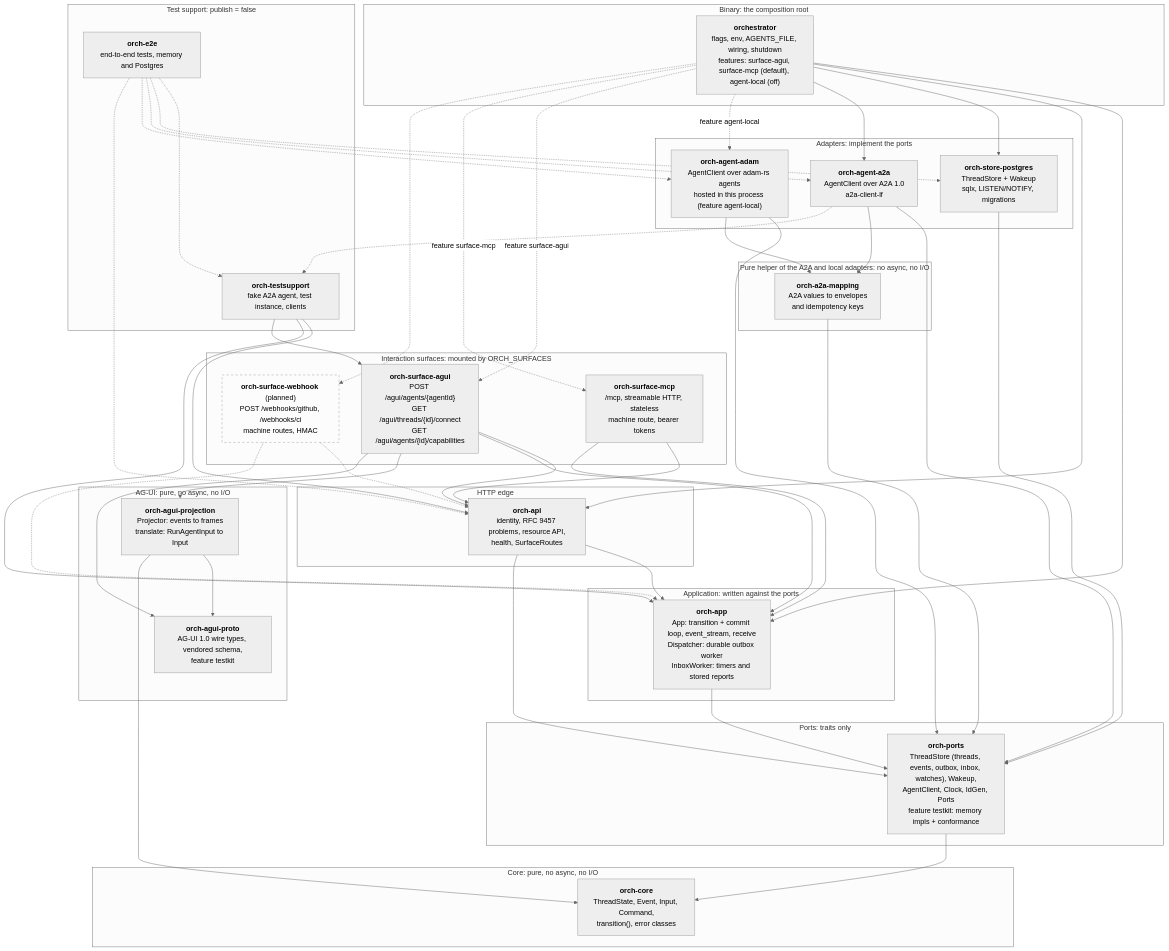
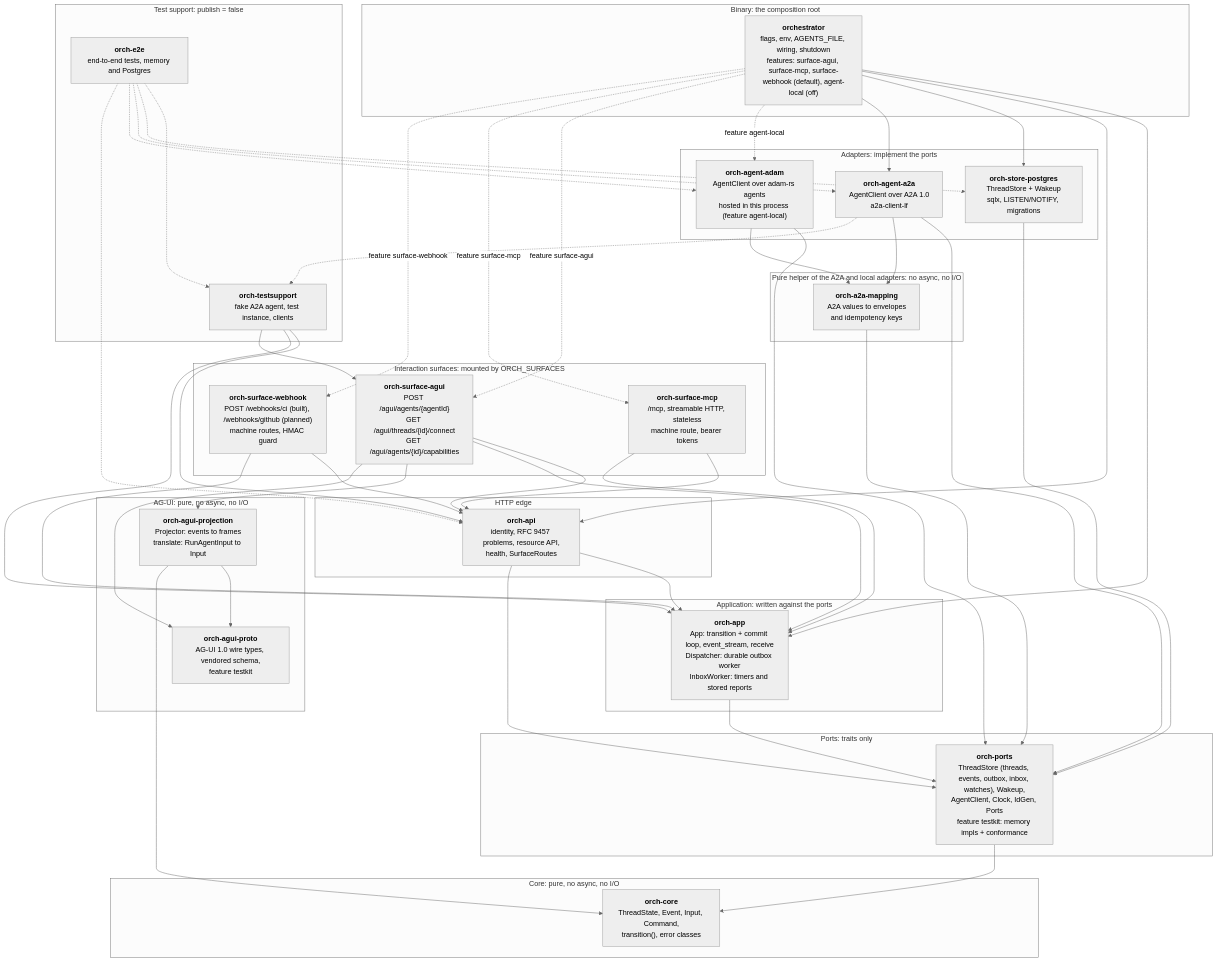
The first of 23 diagrams in docs/orchestrator.md (vymalo/another-agentic-system), drawn with Mermaid (neutral theme) before and after one commit. The commit also changed other lines of this file and 43 other files, not shown here.

````diff
--- a/docs/orchestrator.md
+++ b/docs/orchestrator.md
@@ -78,79 +77,79 @@
 ```mermaid
 flowchart TB
   subgraph G_CORE["Core: pure, no async, no I/O"]
     core["<b>orch-core</b><br/>ThreadState, Event, Input, Command,<br/>transition(), error classes"]
   end
   subgraph G_PORTS["Ports: traits only"]
     ports["<b>orch-ports</b><br/>ThreadStore (threads, events, outbox, inbox, watches), Wakeup,<br/>AgentClient, Clock, IdGen, Ports<br/>feature testkit: memory impls + conformance"]
   end
   subgraph G_ADAPT["Adapters: implement the ports"]
     pg["<b>orch-store-postgres</b><br/>ThreadStore + Wakeup<br/>sqlx, LISTEN/NOTIFY, migrations"]
     a2a["<b>orch-agent-a2a</b><br/>AgentClient over A2A 1.0<br/>a2a-client-lf"]
     adam["<b>orch-agent-adam</b><br/>AgentClient over adam-rs agents<br/>hosted in this process (feature agent-local)"]
   end
   subgraph G_MAP["Pure helper of the A2A and local adapters: no async, no I/O"]
     a2amap["<b>orch-a2a-mapping</b><br/>A2A values to envelopes<br/>and idempotency keys"]
   end
   subgraph G_APP["Application: written against the ports"]
     app["<b>orch-app</b><br/>App: transition + commit loop, event_stream, receive<br/>Dispatcher: durable outbox worker<br/>InboxWorker: timers and stored reports"]
   end
   subgraph G_EDGE["HTTP edge"]
     api["<b>orch-api</b><br/>identity, RFC 9457 problems, resource API,<br/>health, SurfaceRoutes"]
   end
   subgraph G_SURF["Interaction surfaces: mounted by ORCH_SURFACES"]
     surfagui["<b>orch-surface-agui</b><br/>POST /agui/agents/{agentId}<br/>GET /agui/threads/{id}/connect<br/>GET /agui/agents/{id}/capabilities"]
-    surfwh["<b>orch-surface-webhook</b> (planned)<br/>POST /webhooks/github, /webhooks/ci<br/>machine routes, HMAC"]:::planned
+    surfwh["<b>orch-surface-webhook</b><br/>POST /webhooks/ci (built), /webhooks/github (planned)<br/>machine routes, HMAC guard"]
     surfmcp["<b>orch-surface-mcp</b><br/>/mcp, streamable HTTP, stateless<br/>machine route, bearer tokens"]
   end
   subgraph G_AGUI["AG-UI: pure, no async, no I/O"]
     proto["<b>orch-agui-proto</b><br/>AG-UI 1.0 wire types, vendored schema,<br/>feature testkit"]
     proj["<b>orch-agui-projection</b><br/>Projector: events to frames<br/>translate: RunAgentInput to Input"]
   end
   subgraph G_BIN["Binary: the composition root"]
-    bin["<b>orchestrator</b><br/>flags, env, AGENTS_FILE, wiring, shutdown<br/>features: surface-agui, surface-mcp (default), agent-local (off)"]
+    bin["<b>orchestrator</b><br/>flags, env, AGENTS_FILE, wiring, shutdown<br/>features: surface-agui, surface-mcp, surface-webhook (default), agent-local (off)"]
   end
   subgraph G_TEST["Test support: publish = false"]
     ts["<b>orch-testsupport</b><br/>fake A2A agent, test instance, clients"]
     e2e["<b>orch-e2e</b><br/>end-to-end tests, memory and Postgres"]
   end
 
   ports --> core
   pg --> ports
   a2a --> ports
   a2a --> a2amap
   adam --> ports
   adam --> a2amap
   a2amap --> ports
   app --> ports
   api --> app
   api --> ports
   proj --> proto
   proj --> core
   bin --> app
   bin --> api
   bin --> pg
   bin --> a2a
   bin -. "feature agent-local" .-> adam
   bin -. "feature surface-agui" .-> surfagui
   bin -. "feature surface-mcp" .-> surfmcp
   surfagui --> api
   surfagui --> app
   surfagui --> proj
   surfagui --> proto
-  surfwh -.-> api
-  surfwh -.-> app
+  surfwh --> api
+  surfwh --> app
   surfmcp --> api
   surfmcp --> app
-  bin -.-> surfwh
+  bin -. "feature surface-webhook" .-> surfwh
   ts --> api
   ts --> app
   ts --> surfagui
   e2e -.-> ts
   e2e -.-> pg
   e2e -.-> a2a
   e2e -.-> adam
   e2e -.-> api
   a2a -.-> ts
 
   classDef planned stroke-dasharray: 5 5,fill:none
 ```
````
